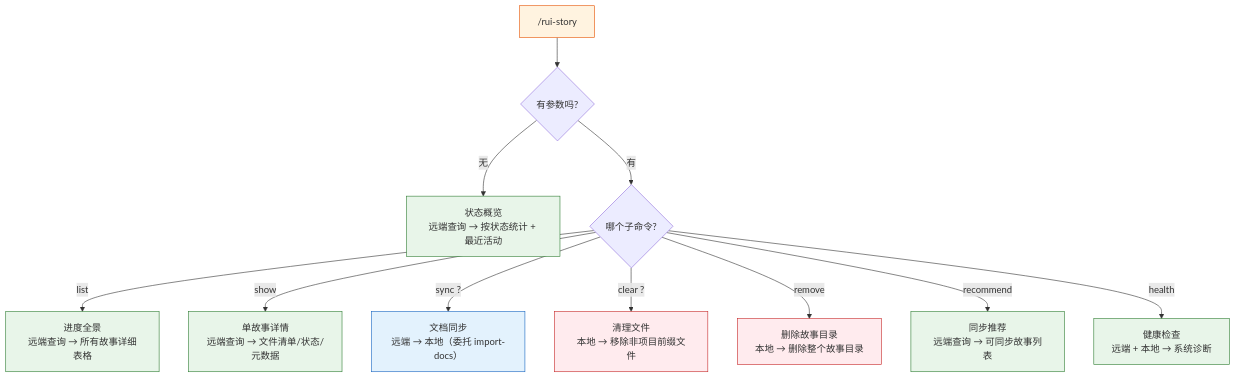
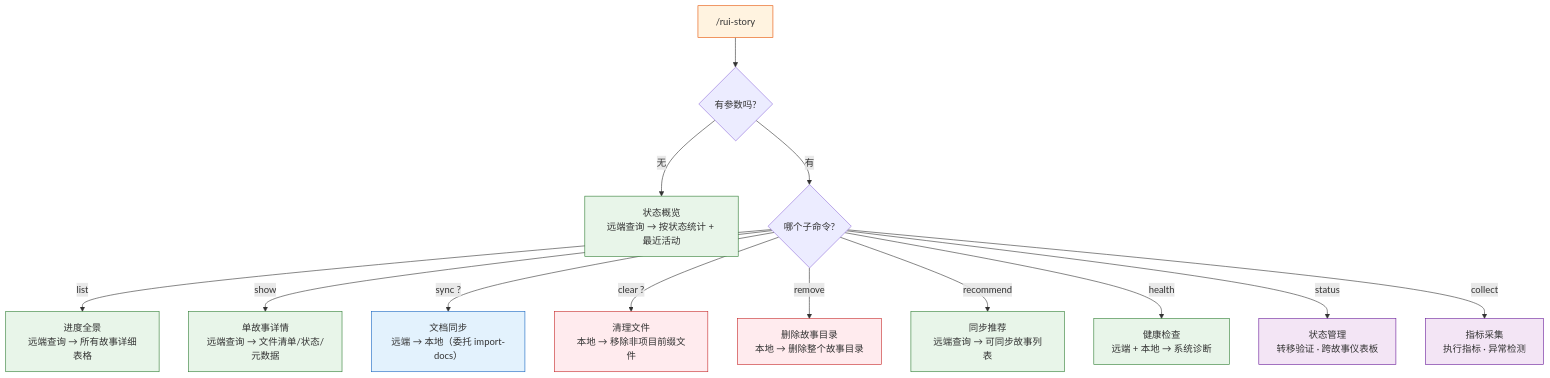
One commit to effiy/YrY changed the first of 15 diagrams in skills/rui-story/SKILL.md. Above: the diagram before and after it, drawn with Mermaid. The commit also changed other lines of this file and 50 other files, not shown here.

````diff
--- a/skills/rui-story/SKILL.md
+++ b/skills/rui-story/SKILL.md
@@ -18,18 +20,21 @@
 ```mermaid
 flowchart TD
     ENTRY["/rui-story"]:::entry --> Q1{"有参数吗?"}
     Q1 -->|"无"| OVERVIEW["状态概览<br/>远端查询 → 按状态统计 + 最近活动"]:::read
     Q1 -->|"有"| Q2{"哪个子命令?"}
     Q2 -->|"list"| LIST["进度全景<br/>远端查询 → 所有故事详细表格"]:::read
     Q2 -->|"show <name>"| SHOW["单故事详情<br/>远端查询 → 文件清单/状态/元数据"]:::read
     Q2 -->|"sync <name>?"| SYNC["文档同步<br/>远端 → 本地（委托 import-docs）"]:::write
     Q2 -->|"clear <name>?"| CLEAR["清理文件<br/>本地 → 移除非项目前缀文件"]:::danger
     Q2 -->|"remove <name>"| REMOVE["删除故事目录<br/>本地 → 删除整个故事目录"]:::danger
     Q2 -->|"recommend"| RECOMMEND["同步推荐<br/>远端查询 → 可同步故事列表"]:::read
     Q2 -->|"health"| HEALTH["健康检查<br/>远端 + 本地 → 系统诊断"]:::read
+    Q2 -->|"status"| STATUS["状态管理<br/>转移验证 · 跨故事仪表板"]:::diag
+    Q2 -->|"collect"| COLLECT["指标采集<br/>执行指标 · 异常检测"]:::diag
 
     classDef entry fill:#fff3e0,stroke:#e65100;
     classDef read fill:#e8f5e9,stroke:#2e7d32;
     classDef write fill:#e3f2fd,stroke:#1565c0;
     classDef danger fill:#ffebee,stroke:#c62828;
+    classDef diag fill:#f3e5f5,stroke:#6a1b9a;
 ```
````
